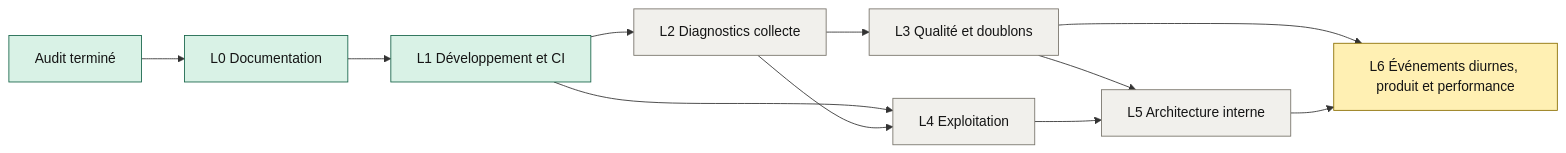
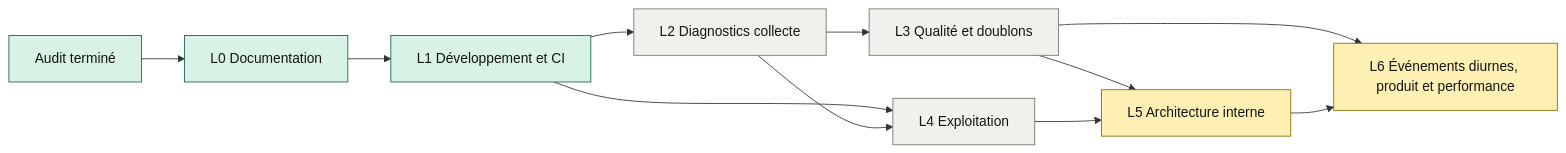
The diagram in docs/diagrams/implementation-roadmap.mmd (VinniMo/samstag), drawn with Mermaid before and after one commit. The commit also changed 16 other files, not shown here.

```diff
--- a/docs/diagrams/implementation-roadmap.mmd
+++ b/docs/diagrams/implementation-roadmap.mmd
@@ -1,20 +1,20 @@
 flowchart LR
     A[Audit terminé] --> L0[L0 Documentation]
     L0 --> L1[L1 Développement et CI]
     L1 --> L2[L2 Diagnostics collecte]
     L2 --> L3[L3 Qualité et doublons]
     L1 --> L4[L4 Exploitation]
     L2 --> L4
     L3 --> L5[L5 Architecture interne]
     L4 --> L5
     L3 --> L6[L6 Événements diurnes, produit et performance]
     L5 --> L6
 
     classDef done fill:#d9f2e6,stroke:#176449,color:#151515
     classDef doing fill:#fff0b3,stroke:#8a6d00,color:#151515
     classDef todo fill:#f1f0ec,stroke:#77736a,color:#151515
     classDef blocked fill:#f7d9e6,stroke:#a3004f,color:#151515
 
     class A,L0,L1 done
-    class L2,L3,L4,L5 todo
-    class L6 doing
+    class L2,L3,L4 todo
+    class L5,L6 doing
```
